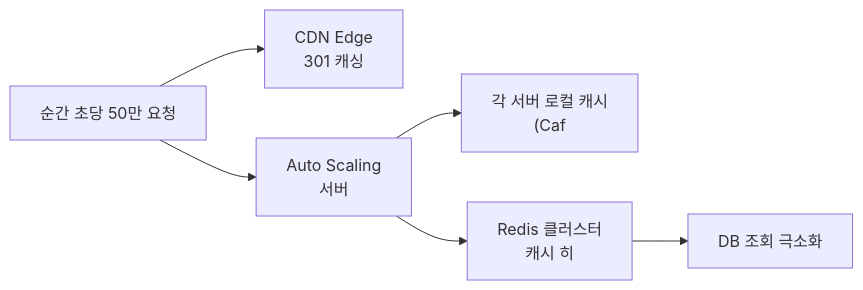
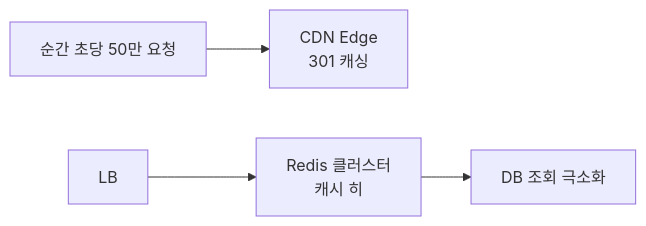
The eighth of 8 diagrams in _posts/systemdesign/2026-05-02-system-design-url-shortener.md (yjkim2015/yjkim2015.github.io), drawn with Mermaid before and after one commit. The commit also changed 132 other files, not shown here.

First line of the commit message:
Mermaid 다이어그램 가독성 정리: 단순 제거, 노드 축소, TD→LR 변환

````diff
--- a/_posts/systemdesign/2026-05-02-system-design-url-shortener.md
+++ b/_posts/systemdesign/2026-05-02-system-design-url-shortener.md
@@ -360,8 +360,6 @@
 ```mermaid
 graph LR
     Traffic["순간 초당 50만 요청"] --> CDN["CDN Edge<br>301 캐싱"]
-    Traffic --> LB["Auto Scaling<br>서버"]
-    LB --> LocalCache["각 서버 로컬 캐시<br>(Caf"]
     LB --> Redis["Redis 클러스터<br>캐시 히"]
     Redis --> DB["DB 조회 극소화"]
 ```
````
